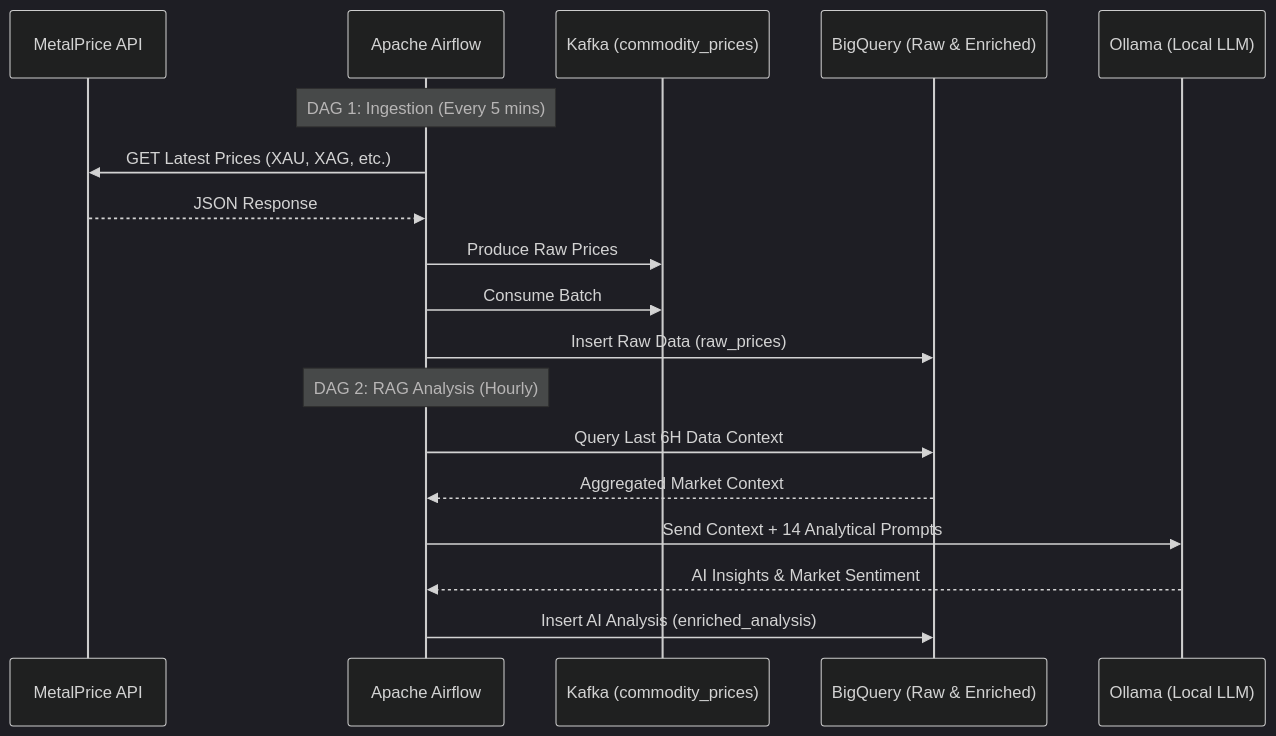
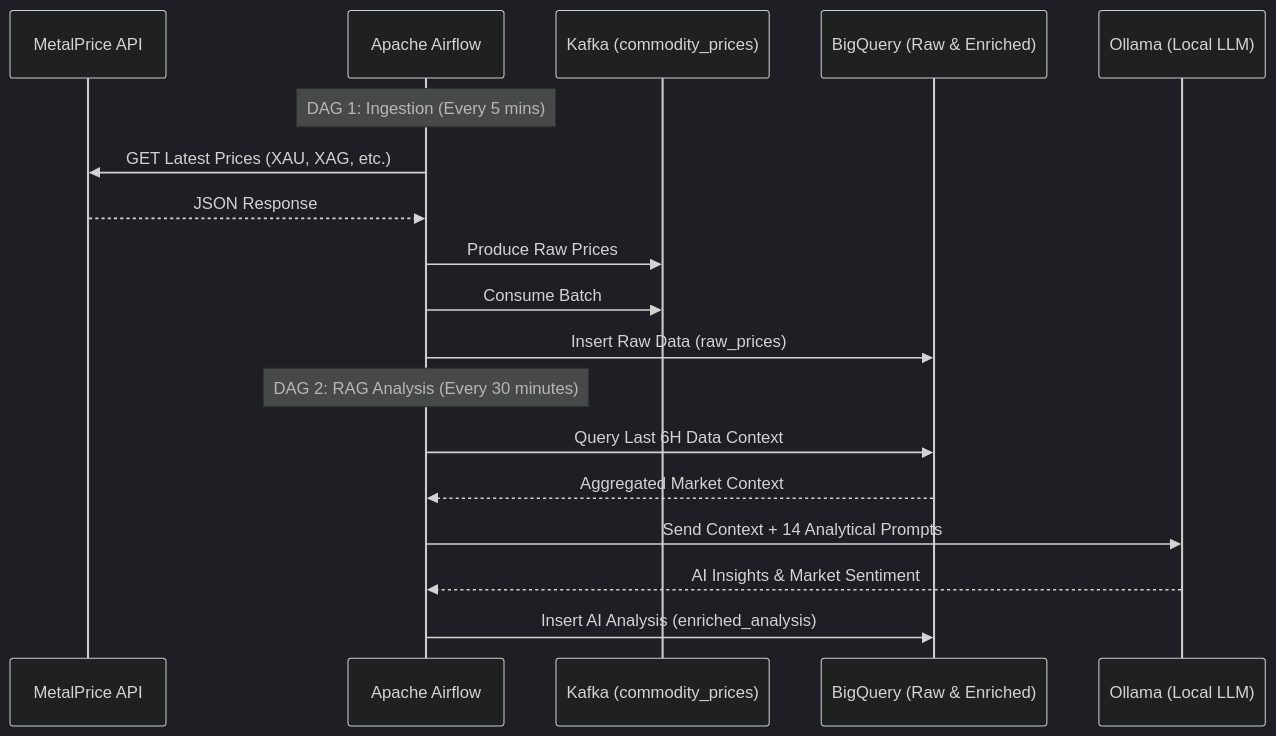
Before and after one commit to wiktorbielski/precious-metals-rag-airflow-pipeline: the diagram in README.md, drawn with Mermaid (dark theme).

Commit message:
Update RAG Analysis frequency to every 30 minutes

````diff
--- a/README.md
+++ b/README.md
@@ -5,22 +5,22 @@
 ```mermaid
 sequenceDiagram
     participant API as MetalPrice API
     participant Airflow as Apache Airflow
     participant Kafka as Kafka (commodity_prices)
     participant BQ as BigQuery (Raw & Enriched)
     participant Ollama as Ollama (Local LLM)
 
     Note over Airflow: DAG 1: Ingestion (Every 5 mins)
     Airflow->>API: GET Latest Prices (XAU, XAG, etc.)
     API-->>Airflow: JSON Response
     Airflow->>Kafka: Produce Raw Prices
     Airflow->>Kafka: Consume Batch
     Airflow->>BQ: Insert Raw Data (raw_prices)
 
-    Note over Airflow: DAG 2: RAG Analysis (Hourly)
+    Note over Airflow: DAG 2: RAG Analysis (Every 30 minutes)
     Airflow->>BQ: Query Last 6H Data Context
     BQ-->>Airflow: Aggregated Market Context
     Airflow->>Ollama: Send Context + 14 Analytical Prompts
     Ollama-->>Airflow: AI Insights & Market Sentiment
     Airflow->>BQ: Insert AI Analysis (enriched_analysis)
 ```
````
